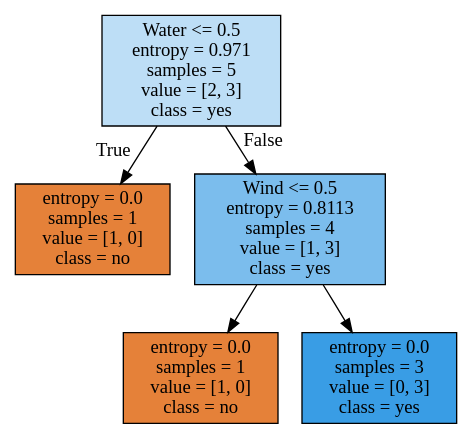
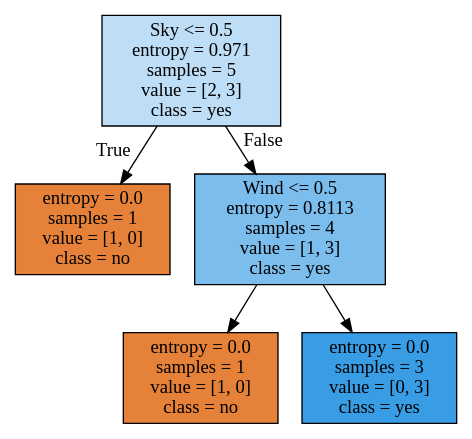
One commit to mcpeer/mla1 changed the diagram in tree.dot. Above: the diagram before and after it, drawn with Graphviz. The commit also changed 2 other files, not shown here.

```diff
--- a/tree.dot
+++ b/tree.dot
@@ -1,12 +1,12 @@
 digraph Tree {
 node [shape=box, style="filled", color="black"] ;
-0 [label="Water <= 0.5\nentropy = 0.971\nsamples = 5\nvalue = [2, 3]\nclass = yes", fillcolor="#399de555"] ;
+0 [label="Sky <= 0.5\nentropy = 0.971\nsamples = 5\nvalue = [2, 3]\nclass = yes", fillcolor="#399de555"] ;
 1 [label="entropy = 0.0\nsamples = 1\nvalue = [1, 0]\nclass = no", fillcolor="#e58139ff"] ;
 0 -> 1 [labeldistance=2.5, labelangle=45, headlabel="True"] ;
 2 [label="Wind <= 0.5\nentropy = 0.8113\nsamples = 4\nvalue = [1, 3]\nclass = yes", fillcolor="#399de5aa"] ;
 0 -> 2 [labeldistance=2.5, labelangle=-45, headlabel="False"] ;
 3 [label="entropy = 0.0\nsamples = 1\nvalue = [1, 0]\nclass = no", fillcolor="#e58139ff"] ;
 2 -> 3 ;
 4 [label="entropy = 0.0\nsamples = 3\nvalue = [0, 3]\nclass = yes", fillcolor="#399de5ff"] ;
 2 -> 4 ;
 }
```
